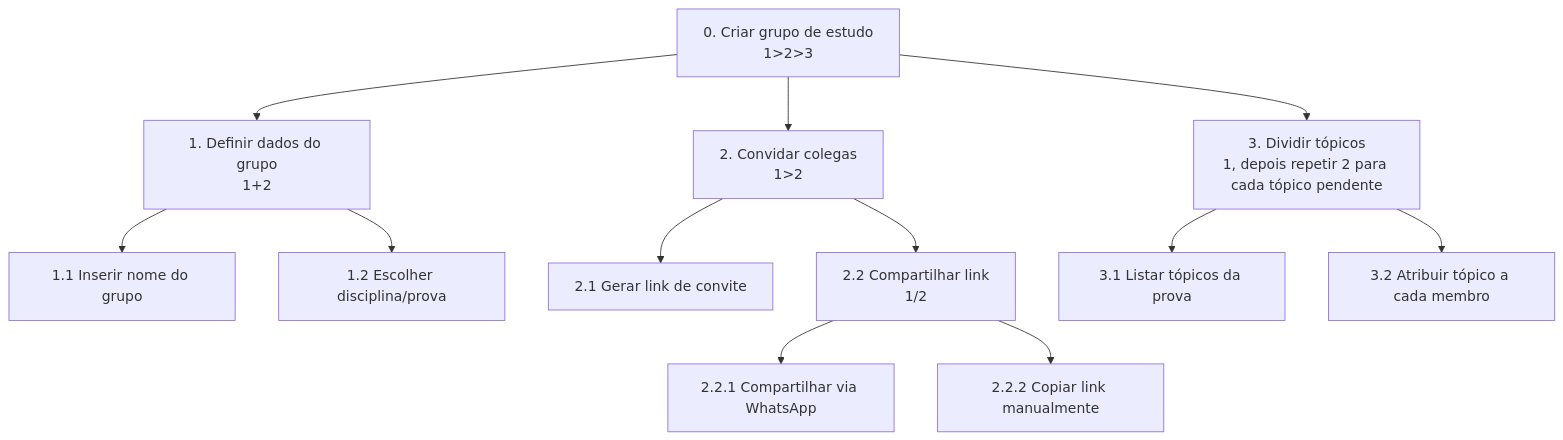
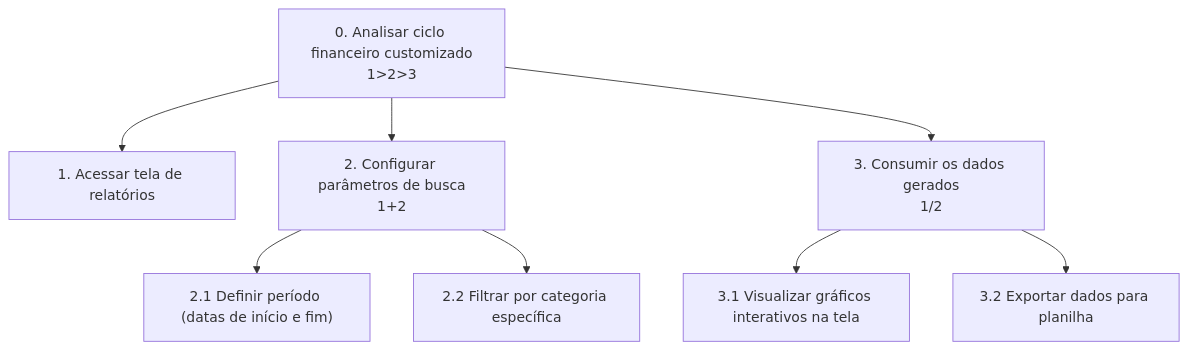
The second of 2 diagrams in docs/6_analise_tarefas.md (GiovannaSMaia/Gestor-de-Controle-Financeiro-Pessoal), drawn with Mermaid before and after one commit. The commit also changed other lines of this file, not shown here.

````diff
--- a/docs/6_analise_tarefas.md
+++ b/docs/6_analise_tarefas.md
@@ -32,14 +21,10 @@
 ```mermaid
 graph TD
-    A["0. Criar grupo de estudo<br/>1>2>3"] --> B["1. Definir dados do grupo<br/>1+2"]
-    A --> C["2. Convidar colegas<br/>1>2"]
-    A --> D["3. Dividir tópicos<br/>1, depois repetir 2 para cada tópico pendente"]
-    B --> B1["1.1 Inserir nome do grupo"]
-    B --> B2["1.2 Escolher disciplina/prova"]
-    C --> C1["2.1 Gerar link de convite"]
-    C --> C2["2.2 Compartilhar link<br/>1/2"]
-    C2 --> C2a["2.2.1 Compartilhar via WhatsApp"]
-    C2 --> C2b["2.2.2 Copiar link manualmente"]
-    D --> D1["3.1 Listar tópicos da prova"]
-    D --> D2["3.2 Atribuir tópico a cada membro"]
+    A["0. Analisar ciclo financeiro customizado<br/>1>2>3"] --> B["1. Acessar tela de relatórios"]
+    A --> C["2. Configurar parâmetros de busca<br/>1+2"]
+    A --> D["3. Consumir os dados gerados<br/>1/2"]
+    C --> C1["2.1 Definir período (datas de início e fim)"]
+    C --> C2["2.2 Filtrar por categoria específica"]
+    D --> D1["3.1 Visualizar gráficos interativos na tela"]
+    D --> D2["3.2 Exportar dados para planilha"]
 ```
````
